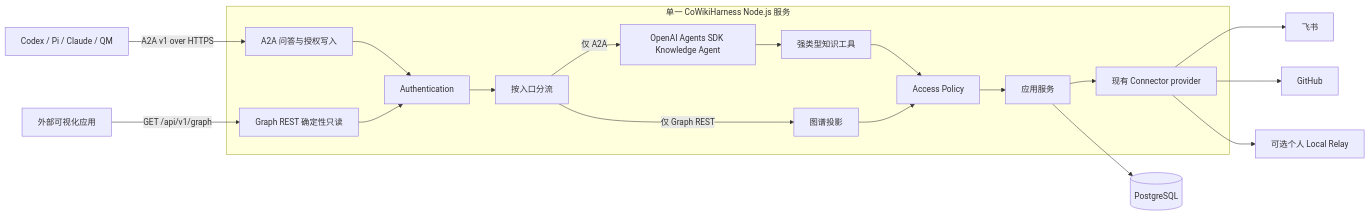
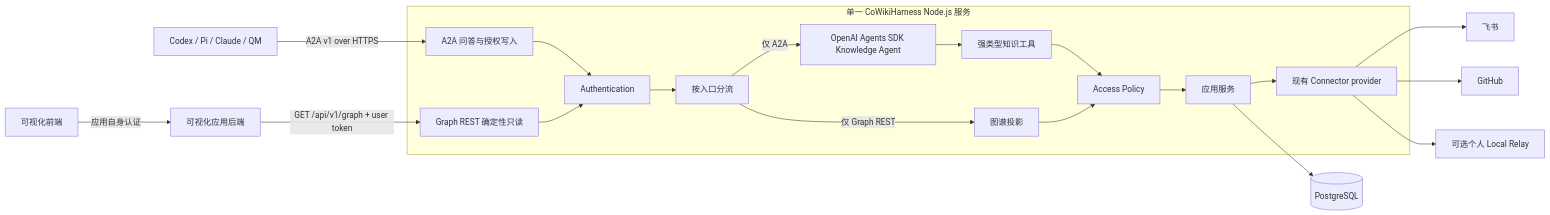
Before and after one commit to MetaInFLow/CoWikiHarness: the first of 3 diagrams in ARCHITECTURE.md, drawn with Mermaid. The commit also changed other lines of this file and 3 other files, not shown here.

Commit message:
docs: clarify graph token and grant safety

````diff
--- a/ARCHITECTURE.md
+++ b/ARCHITECTURE.md
@@ -19,34 +19,35 @@
 ```mermaid
 flowchart LR
     AGENTS["Codex / Pi / Claude / QM"] -->|"A2A v1 over HTTPS"| A2A
-    VISUAL["外部可视化应用"] -->|"GET /api/v1/graph"| GRAPH
+    FRONTEND["可视化前端"] -->|"应用自身认证"| VISUAL["可视化应用后端"]
+    VISUAL -->|"GET /api/v1/graph + user token"| GRAPH
 
     subgraph SERVICE["单一 CoWikiHarness Node.js 服务"]
         A2A["A2A 问答与授权写入"]
         GRAPH["Graph REST 确定性只读"]
         AUTH["Authentication"]
         DISPATCH["按入口分流"]
         AGENT["OpenAI Agents SDK Knowledge Agent"]
         TOOLS["强类型知识工具"]
         PROJECTION["图谱投影"]
         POLICY["Access Policy"]
         APP["应用服务"]
         CONNECTORS["现有 Connector provider"]
 
         A2A --> AUTH
         GRAPH --> AUTH
         AUTH --> DISPATCH
         DISPATCH -->|"仅 A2A"| AGENT
         DISPATCH -->|"仅 Graph REST"| PROJECTION
         AGENT --> TOOLS
         TOOLS --> POLICY
         PROJECTION --> POLICY
         POLICY --> APP
         APP --> CONNECTORS
     end
 
     APP --> PG[("PostgreSQL")]
     CONNECTORS --> FEISHU["飞书"]
     CONNECTORS --> GITHUB["GitHub"]
     CONNECTORS --> RELAY["可选个人 Local Relay"]
 ```
````
